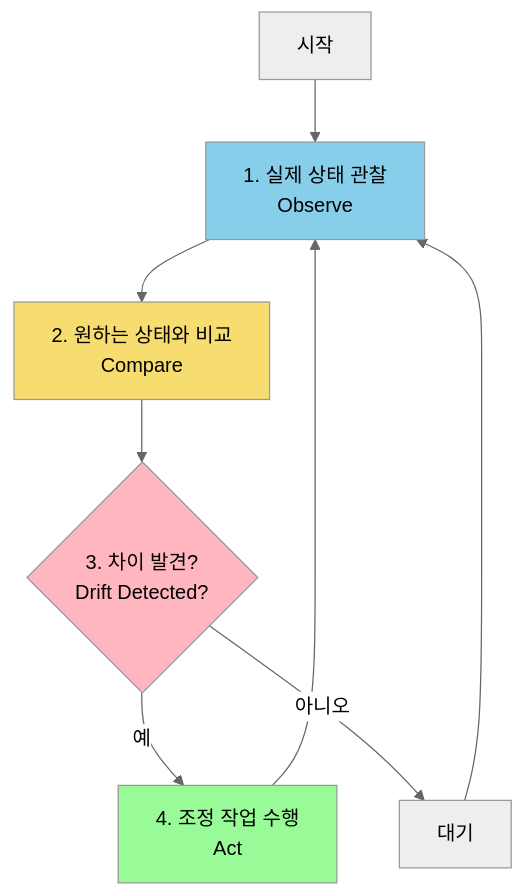
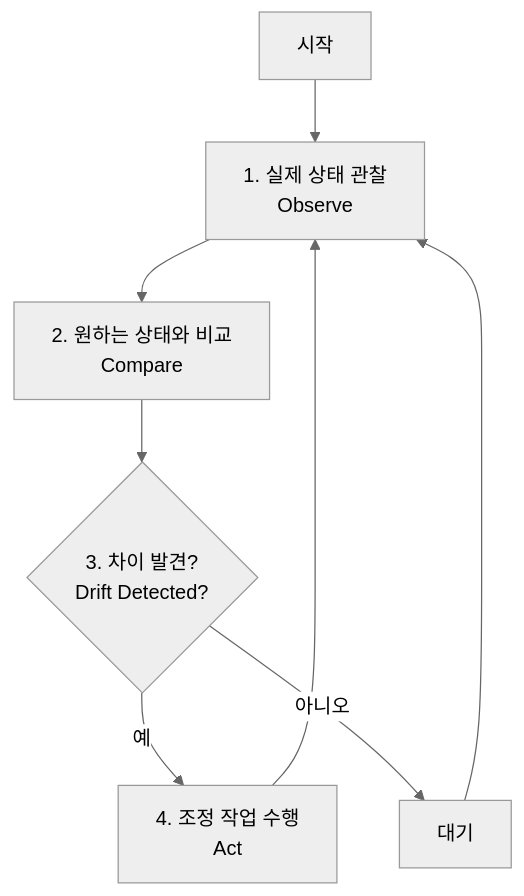
One commit to juwon8891/juwon8891.github.io changed the tenth of 41 diagrams in docs/cicd/week1-image-build.md. Above: the diagram before and after it, drawn with Mermaid (neutral theme). The commit also changed other lines of this file and 18 other files, not shown here.

Commit message:
Remove bright colors from Mermaid diagrams for dark mode compatibility

````diff
--- a/docs/cicd/week1-image-build.md
+++ b/docs/cicd/week1-image-build.md
@@ -588,17 +568,13 @@
 ```mermaid
 flowchart TB
     START[시작] --> OBSERVE[1. 실제 상태 관찰<br/>Observe]
     OBSERVE --> COMPARE[2. 원하는 상태와 비교<br/>Compare]
     COMPARE --> DRIFT{3. 차이 발견?<br/>Drift Detected?}
 
     DRIFT -->|예| ACT[4. 조정 작업 수행<br/>Act]
     DRIFT -->|아니오| WAIT[대기]
 
     ACT --> OBSERVE
     WAIT --> OBSERVE
 
-    style OBSERVE fill:#87CEEB
-    style COMPARE fill:#F7DC6F
-    style DRIFT fill:#FFB6C1
-    style ACT fill:#98FB98
 ```
````
